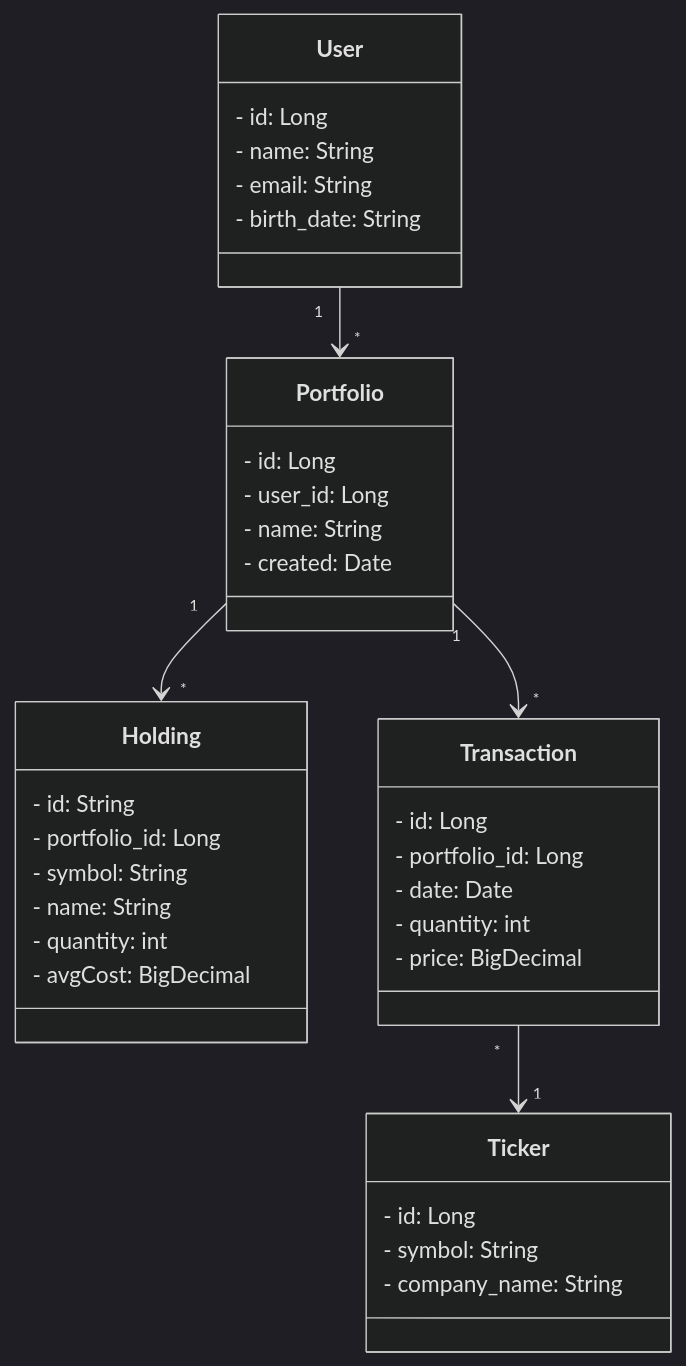
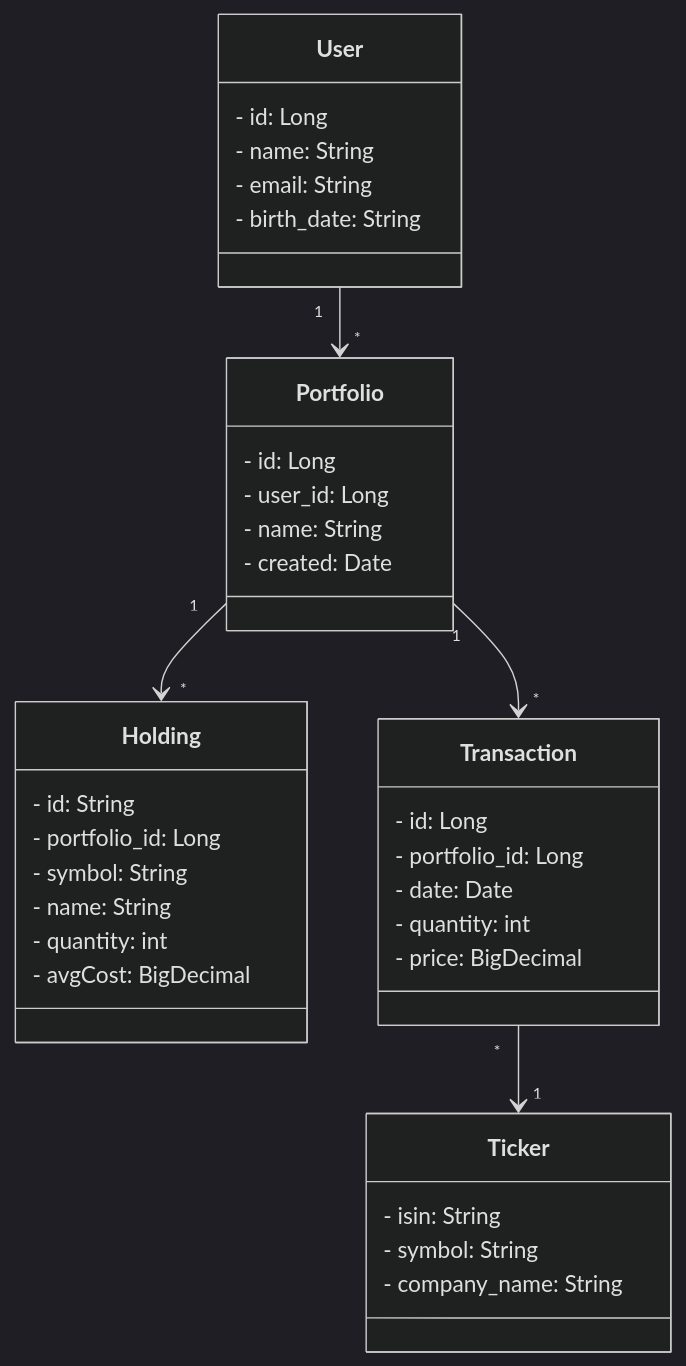
One commit to DuarteMCSilva/stock-echoes-server changed the diagram in README.md. Above: the diagram before and after it, drawn with Mermaid (dark theme). The commit also changed 8 other files, not shown here.

`````diff
--- a/README.md
+++ b/README.md
@@ -2,46 +2,46 @@
 ````mermaid
 classDiagram
     class User {
         - id: Long
         - name: String
         - email: String
         - birth_date: String
     }
 
     class Portfolio {
         - id: Long
         - user_id: Long
         - name: String
         - created: Date
     }
 
     class Ticker {
-        - id: Long
+        - isin: String
         - symbol: String
         - company_name: String
     }
 
     class Holding {
         - id: String
         - portfolio_id: Long
         - symbol: String
         - name: String
         - quantity: int
         - avgCost: BigDecimal
     }
 
     class Transaction {
         - id: Long
         - portfolio_id: Long
         - date: Date
         - quantity: int
         - price: BigDecimal
     }
 
     %% Relationships
 
     User "1" --> "*" Portfolio
     Portfolio "1" --> "*" Holding
     Portfolio "1" --> "*" Transaction
     Transaction "*" -->"1" Ticker
 ````
`````
